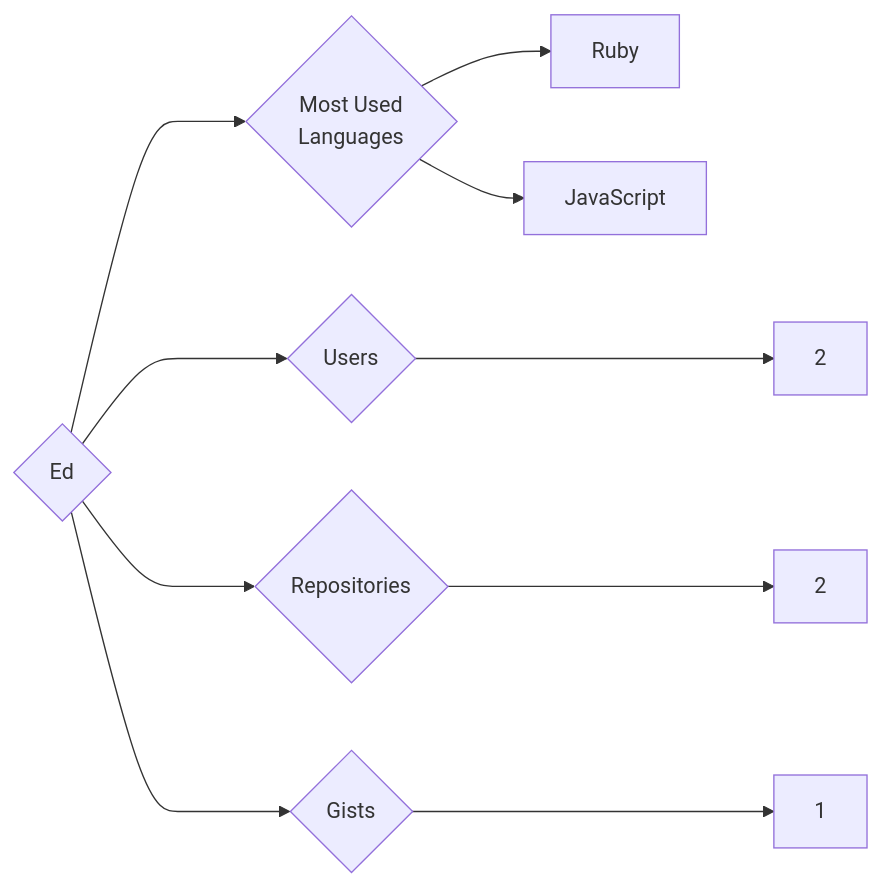
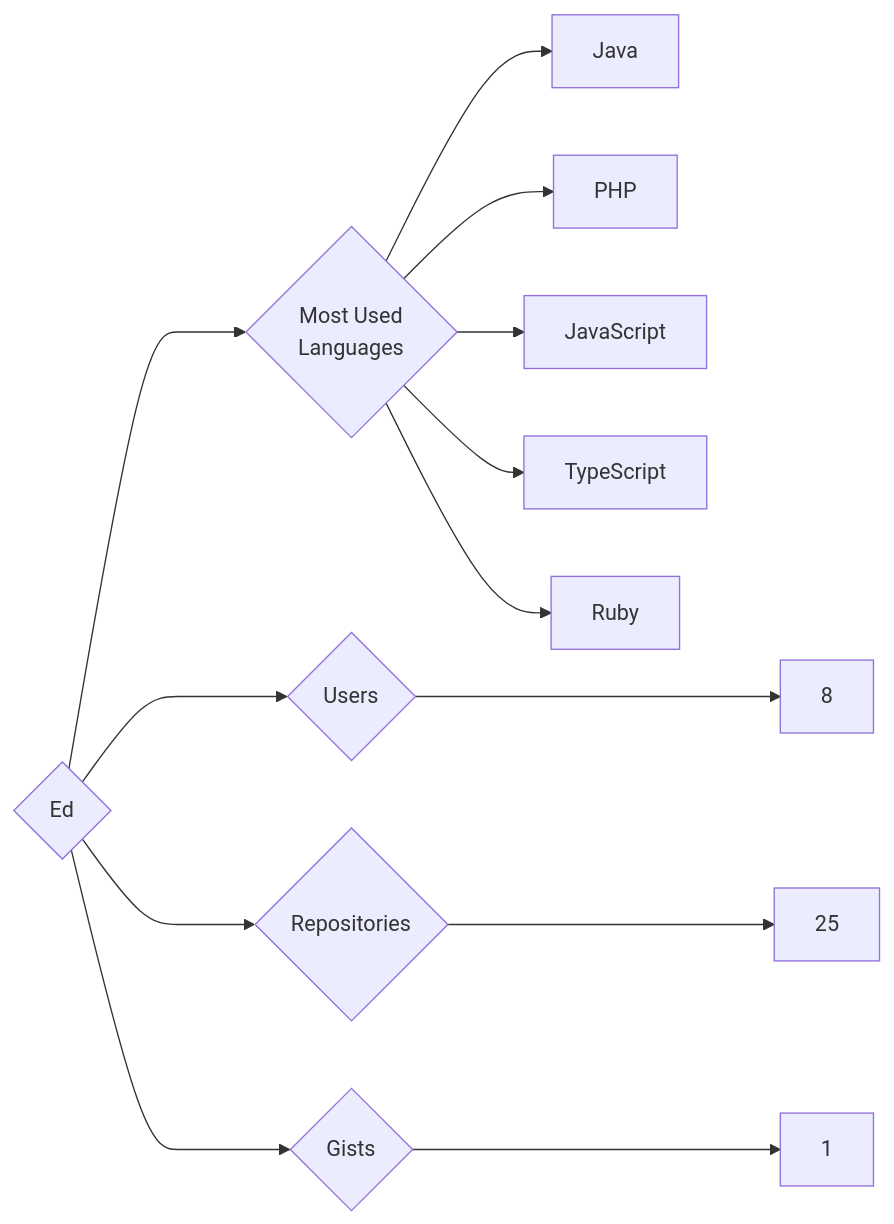
Before and after one commit to trickest/insiders: the diagram in targets/Ed/README.md, drawn with Mermaid. The commit also changed 942 other files, not shown here.

````diff
--- a/targets/Ed/README.md
+++ b/targets/Ed/README.md
@@ -3,10 +3,13 @@
 ```mermaid
 graph LR
 COMPANY_NAME{Ed}
-COMPANY_NAME ---> U{Users} ---> UN[2]
-COMPANY_NAME ---> R{Repositories} ---> RN[2]
+COMPANY_NAME ---> U{Users} ---> UN[8]
+COMPANY_NAME ---> R{Repositories} ---> RN[25]
 COMPANY_NAME ---> G{Gists} ---> GN[1]
 COMPANY_NAME ---> ML{Most Used<br>Languages}
+ML --> Java[Java]
+ML --> PHP[PHP]
+ML --> JavaScript[JavaScript]
+ML --> TypeScript[TypeScript]
 ML --> Ruby[Ruby]
-ML --> JavaScript[JavaScript]
 ```
````
